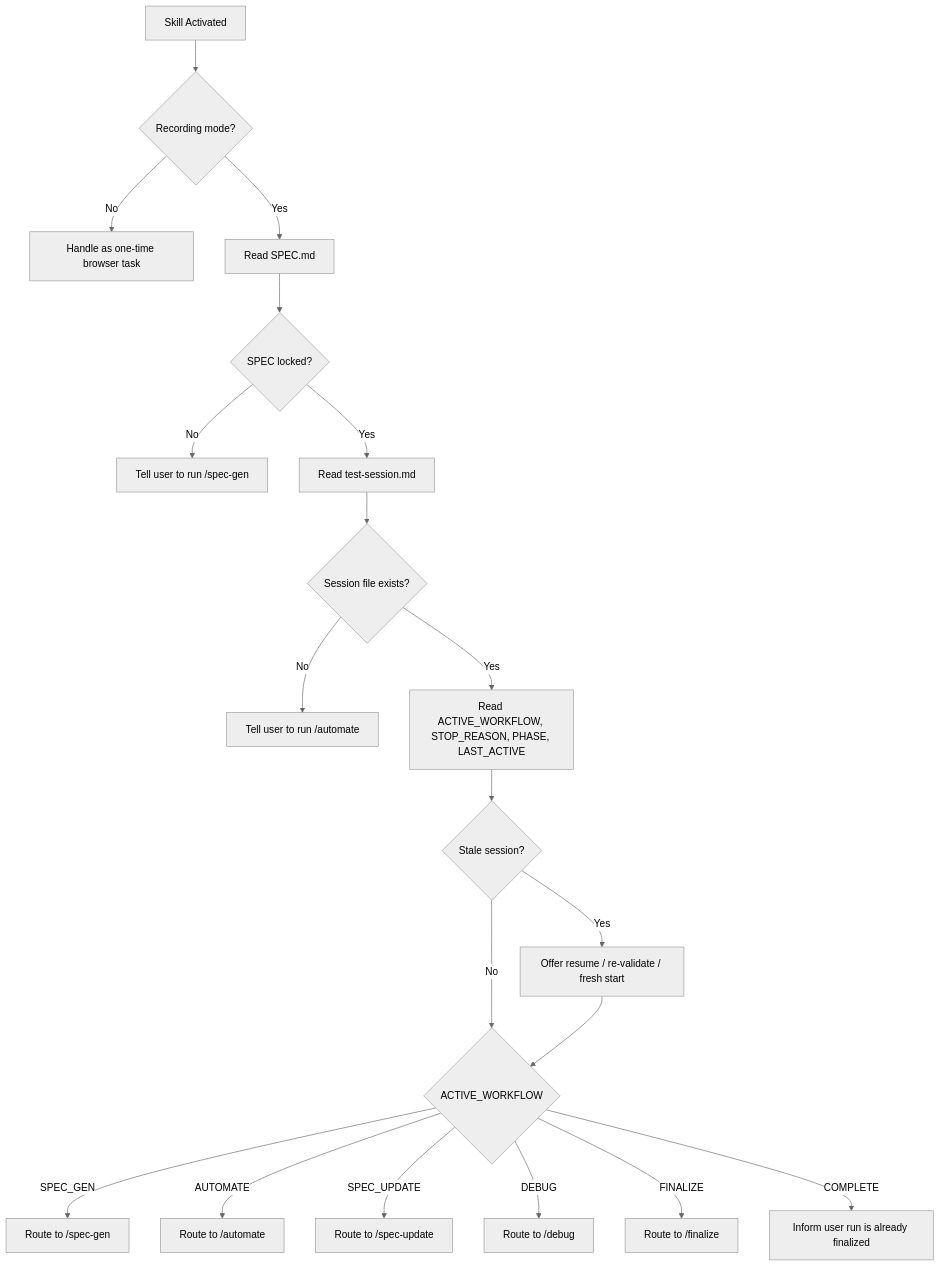
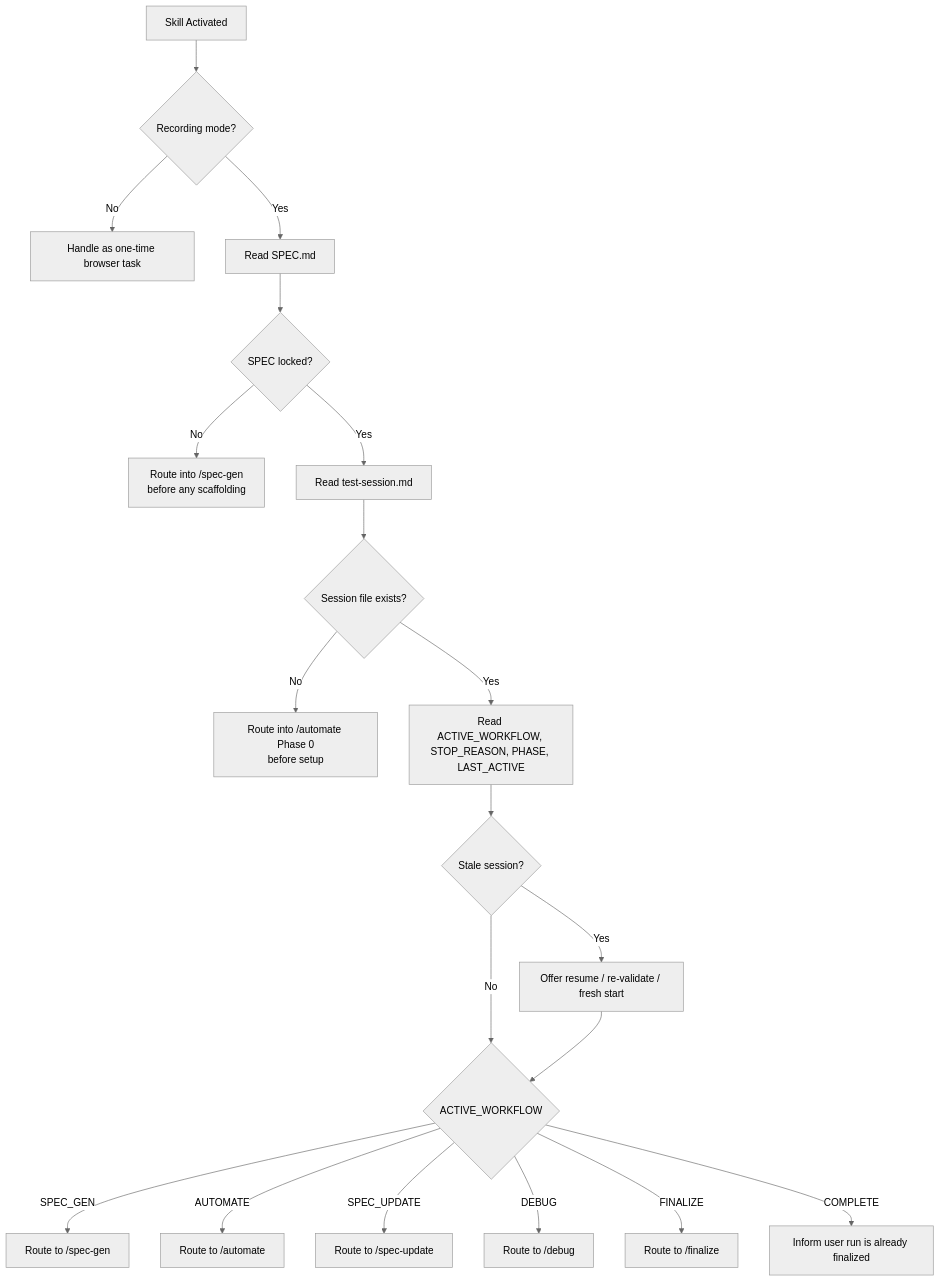
The second of 12 diagrams in web-automation-pro-4/WORKFLOW-DIAGRAMS.md (Sreenuraj/PostQodeCollections), drawn with Mermaid (neutral theme) before and after one commit. The commit also changed other lines of this file and 6 other files, not shown here.

Commit message:
docs: enforce workflow routing before scaffolding

````diff
--- a/web-automation-pro-4/WORKFLOW-DIAGRAMS.md
+++ b/web-automation-pro-4/WORKFLOW-DIAGRAMS.md
@@ -59,27 +59,27 @@
 ```mermaid
 flowchart TD
     A["Skill Activated"] --> B{"Recording mode?"}
     B -->|No| C["Handle as one-time browser task"]
     B -->|Yes| D["Read SPEC.md"]
 
     D --> E{"SPEC locked?"}
-    E -->|No| F["Tell user to run /spec-gen"]
+    E -->|No| F["Route into /spec-gen<br/>before any scaffolding"]
     E -->|Yes| G["Read test-session.md"]
 
     G --> H{"Session file exists?"}
-    H -->|No| I["Tell user to run /automate"]
+    H -->|No| I["Route into /automate Phase 0<br/>before setup"]
     H -->|Yes| J["Read ACTIVE_WORKFLOW, STOP_REASON, PHASE, LAST_ACTIVE"]
 
     J --> K{"Stale session?"}
     K -->|Yes| L["Offer resume / re-validate / fresh start"]
     K -->|No| M{"ACTIVE_WORKFLOW"}
 
     L --> M
 
     M -->|SPEC_GEN| N["Route to /spec-gen"]
     M -->|AUTOMATE| O["Route to /automate"]
     M -->|SPEC_UPDATE| P["Route to /spec-update"]
     M -->|DEBUG| Q["Route to /debug"]
     M -->|FINALIZE| R["Route to /finalize"]
     M -->|COMPLETE| S["Inform user run is already finalized"]
 ```
````
